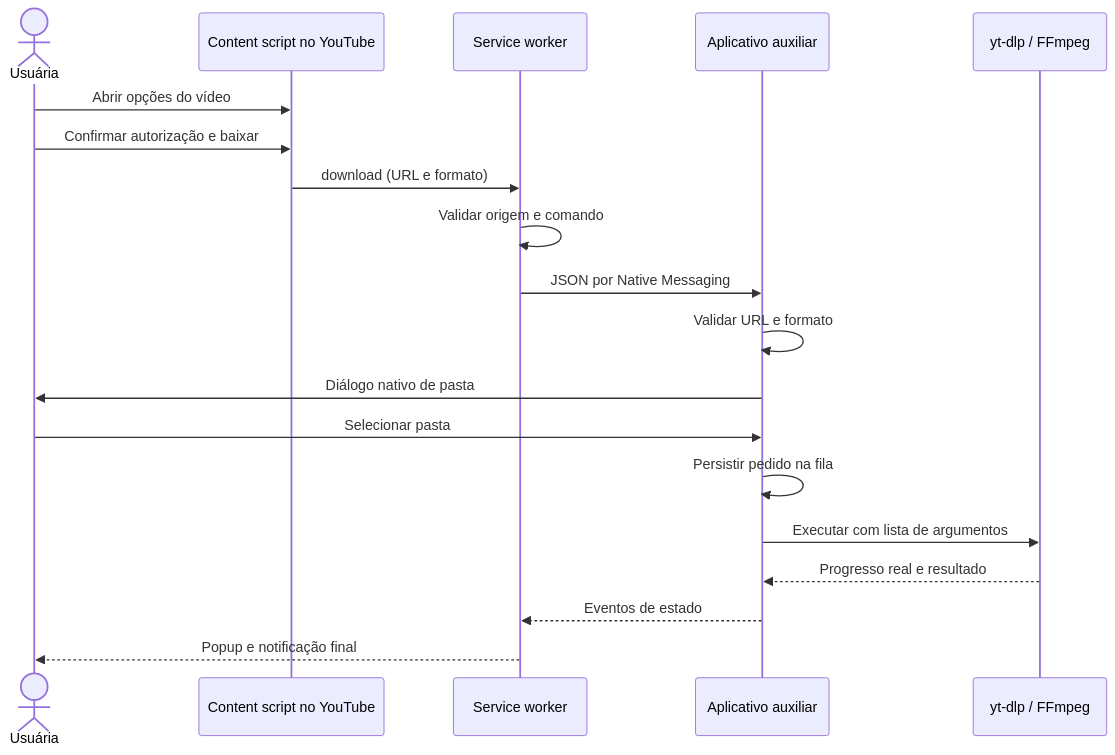
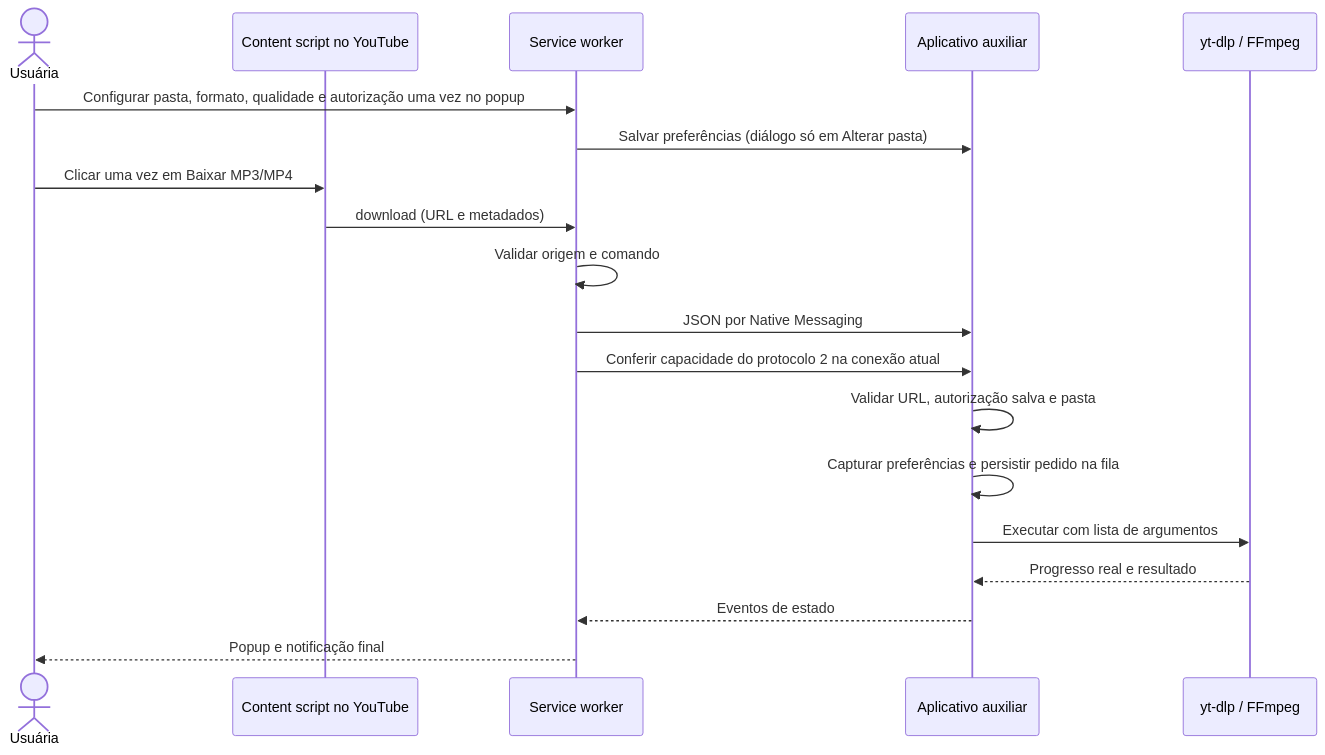
The diagram in docs/ARQUITETURA.md (GabrielSQQ/Musicytextens-o), drawn with Mermaid before and after one commit. The commit also changed other lines of this file and 44 other files, not shown here.

````diff
--- a/docs/ARQUITETURA.md
+++ b/docs/ARQUITETURA.md
@@ -17,21 +17,21 @@
 ```mermaid
 sequenceDiagram
     actor U as Usuária
     participant C as Content script no YouTube
     participant W as Service worker
     participant H as Aplicativo auxiliar
     participant P as yt-dlp / FFmpeg
-    U->>C: Abrir opções do vídeo
-    U->>C: Confirmar autorização e baixar
-    C->>W: download (URL e formato)
+    U->>W: Configurar pasta, formato, qualidade e autorização uma vez no popup
+    W->>H: Salvar preferências (diálogo só em Alterar pasta)
+    U->>C: Clicar uma vez em Baixar MP3/MP4
+    C->>W: download (URL e metadados)
     W->>W: Validar origem e comando
     W->>H: JSON por Native Messaging
-    H->>H: Validar URL e formato
-    H->>U: Diálogo nativo de pasta
-    U->>H: Selecionar pasta
-    H->>H: Persistir pedido na fila
+    W->>H: Conferir capacidade do protocolo 2 na conexão atual
+    H->>H: Validar URL, autorização salva e pasta
+    H->>H: Capturar preferências e persistir pedido na fila
     H->>P: Executar com lista de argumentos
     P-->>H: Progresso real e resultado
     H-->>W: Eventos de estado
     W-->>U: Popup e notificação final
 ```
````
